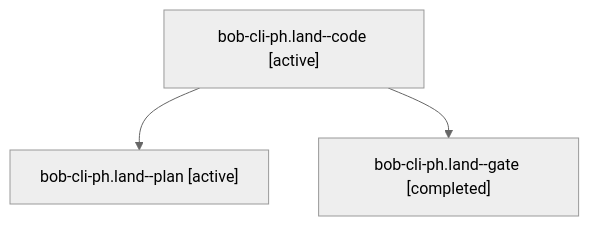
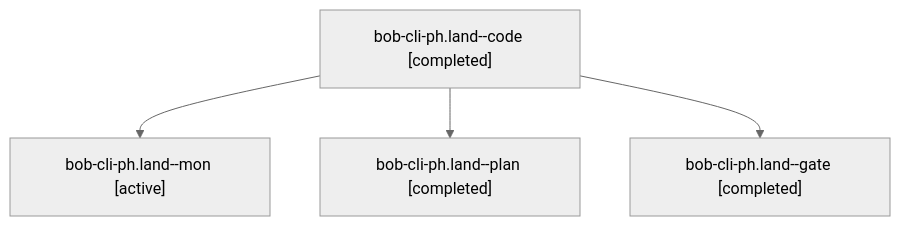
Before and after one commit to bobs-org/bob-cli--agents: the diagram in sessions/bbugyi200.apollo.bob-cli-ph.land.md, drawn with Mermaid (neutral theme). The commit also changed other lines of this file and 197 other files, not shown here.

````diff
--- a/sessions/bbugyi200.apollo.bob-cli-ph.land.md
+++ b/sessions/bbugyi200.apollo.bob-cli-ph.land.md
@@ -9,8 +9,10 @@
 ```mermaid
 flowchart TD
-  n0["bob-cli-ph.land--code [active]"]
-  n1["bob-cli-ph.land--plan [active]"]
+  n0["bob-cli-ph.land--code [completed]"]
+  n1["bob-cli-ph.land--mon [active]"]
   n0 --> n1
-  n2["bob-cli-ph.land--gate [completed]"]
+  n2["bob-cli-ph.land--plan [completed]"]
   n0 --> n2
+  n3["bob-cli-ph.land--gate [completed]"]
+  n0 --> n3
 ```
````
